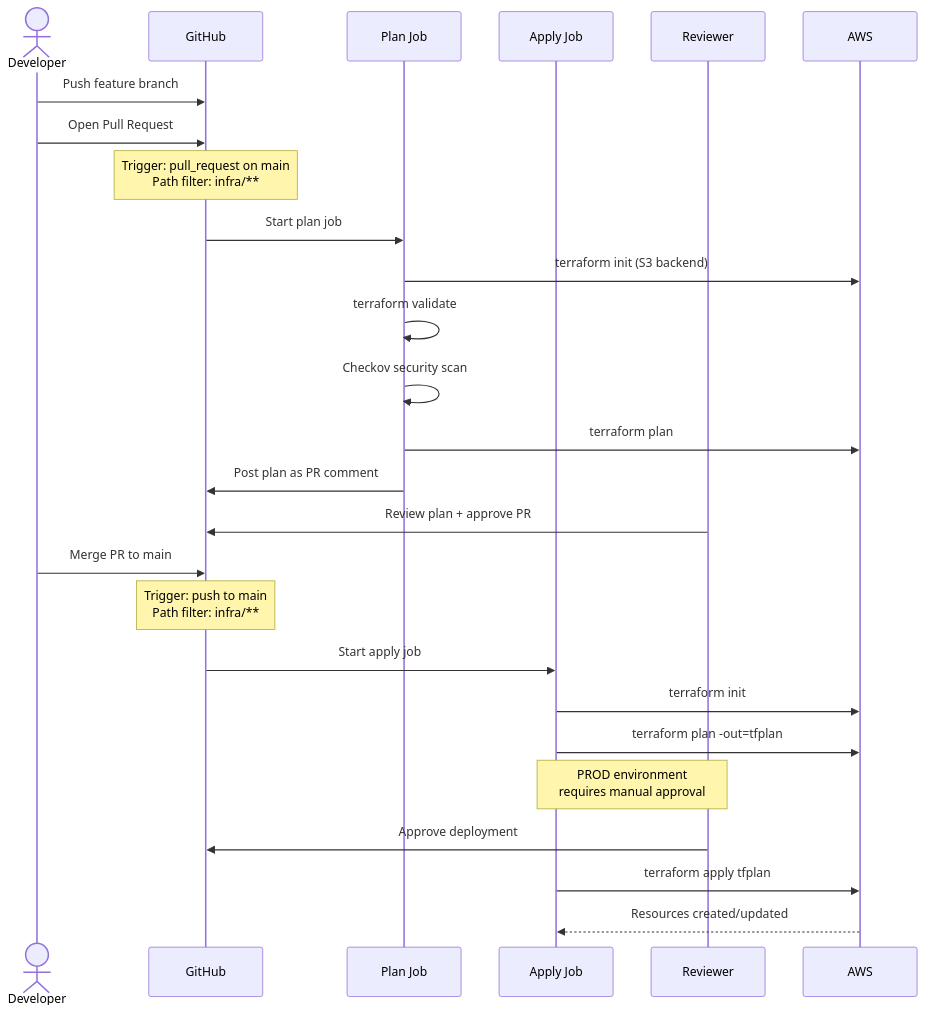
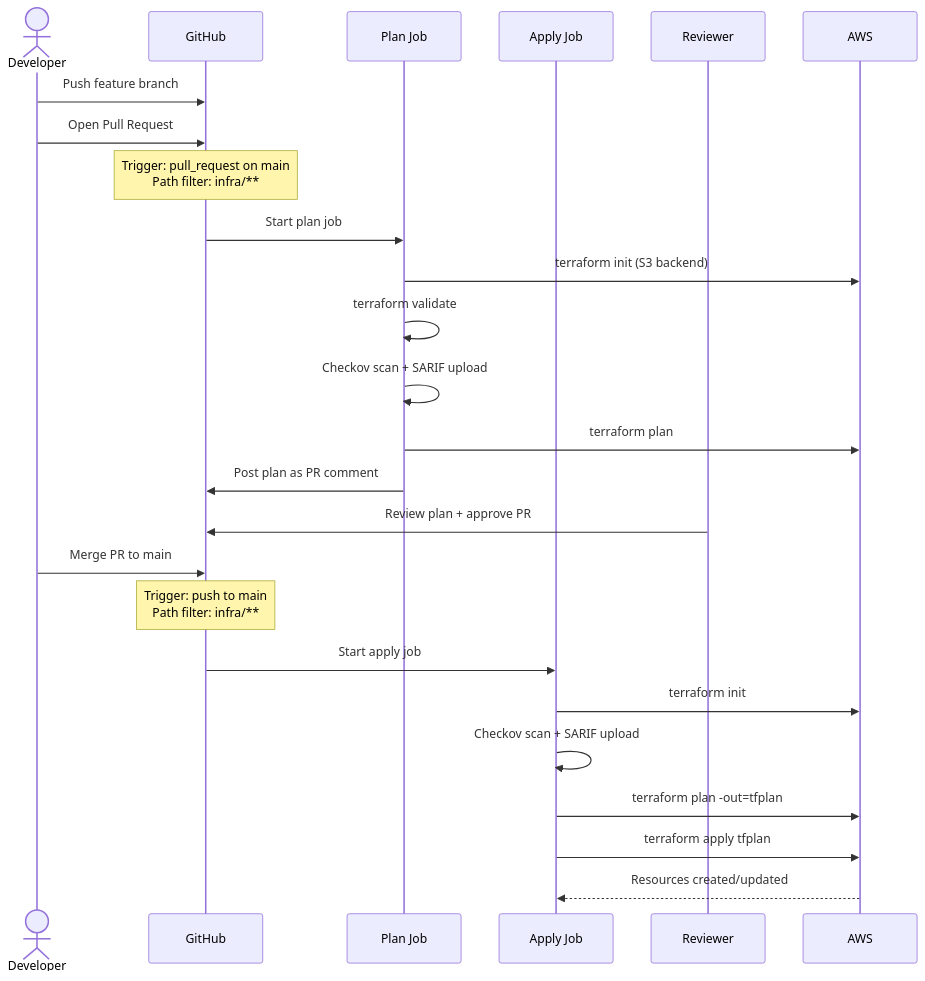
Before and after one commit to kse-bd8338bbe006/aws-env-setup: the third of 5 diagrams in docs/architecture.md, drawn with Mermaid. The commit also changed other lines of this file and 4 other files, not shown here.

````diff
--- a/docs/architecture.md
+++ b/docs/architecture.md
@@ -81,36 +89,33 @@
 ```mermaid
 sequenceDiagram
     actor Dev as Developer
     participant GH as GitHub
     participant Plan as Plan Job
     participant Apply as Apply Job
     participant Approver as Reviewer
     participant AWS as AWS
 
     Dev->>GH: Push feature branch
     Dev->>GH: Open Pull Request
 
     Note over GH: Trigger: pull_request on main<br/>Path filter: infra/**
 
     GH->>Plan: Start plan job
     Plan->>AWS: terraform init (S3 backend)
     Plan->>Plan: terraform validate
-    Plan->>Plan: Checkov security scan
+    Plan->>Plan: Checkov scan + SARIF upload
     Plan->>AWS: terraform plan
     Plan->>GH: Post plan as PR comment
 
     Approver->>GH: Review plan + approve PR
     Dev->>GH: Merge PR to main
 
     Note over GH: Trigger: push to main<br/>Path filter: infra/**
 
     GH->>Apply: Start apply job
     Apply->>AWS: terraform init
+    Apply->>Apply: Checkov scan + SARIF upload
     Apply->>AWS: terraform plan -out=tfplan
-
-    Note over Apply,Approver: PROD environment<br/>requires manual approval
-
-    Approver->>GH: Approve deployment
     Apply->>AWS: terraform apply tfplan
     AWS-->>Apply: Resources created/updated
 ```
````
